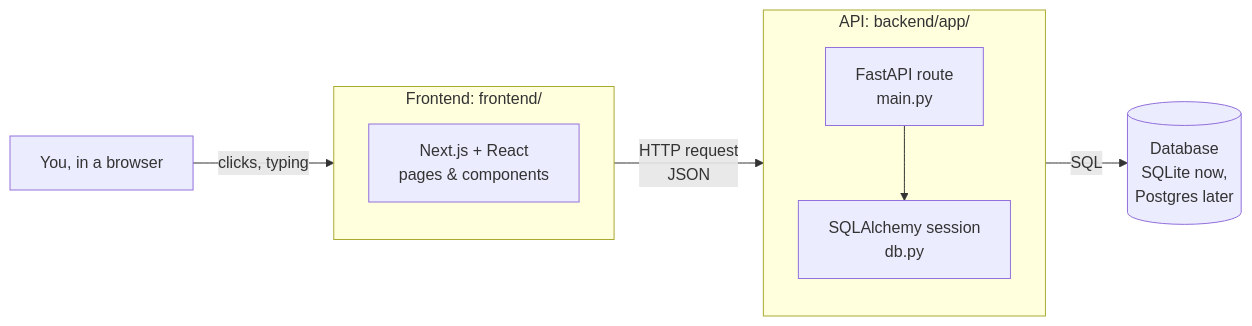
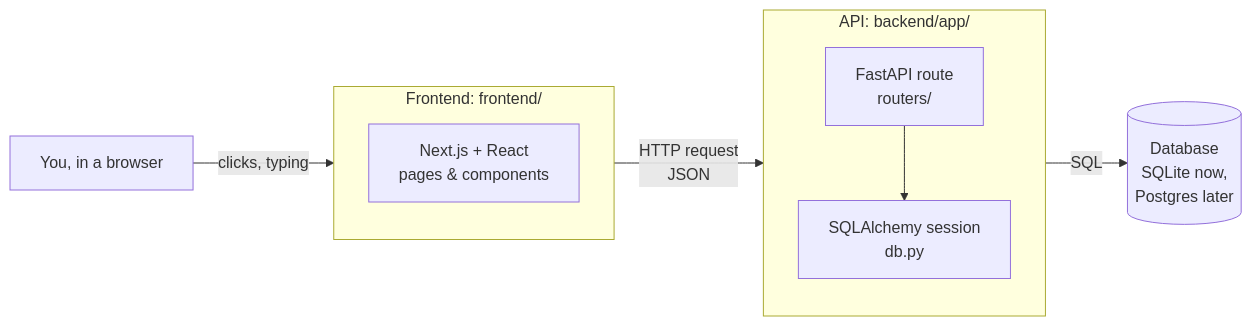
One commit to FireGuyJB/Gyst changed the diagram in docs/architecture/overview.md. Above: the diagram before and after it, drawn with Mermaid. The commit also changed other lines of this file and 7 other files, not shown here.

````diff
--- a/docs/architecture/overview.md
+++ b/docs/architecture/overview.md
@@ -6,18 +6,18 @@
 ```mermaid
 flowchart LR
     U[You, in a browser] -->|clicks, typing| F
 
     subgraph F[Frontend: frontend/]
       direction TB
       F1[Next.js + React<br/>pages & components]
     end
 
     F -->|HTTP request<br/>JSON| A
 
     subgraph A[API: backend/app/]
       direction TB
-      A1[FastAPI route<br/>main.py] --> A2[SQLAlchemy session<br/>db.py]
+      A1[FastAPI route<br/>routers/] --> A2[SQLAlchemy session<br/>db.py]
     end
 
     A2 -->|SQL| D[(Database<br/>SQLite now,<br/>Postgres later)]
 ```
````
